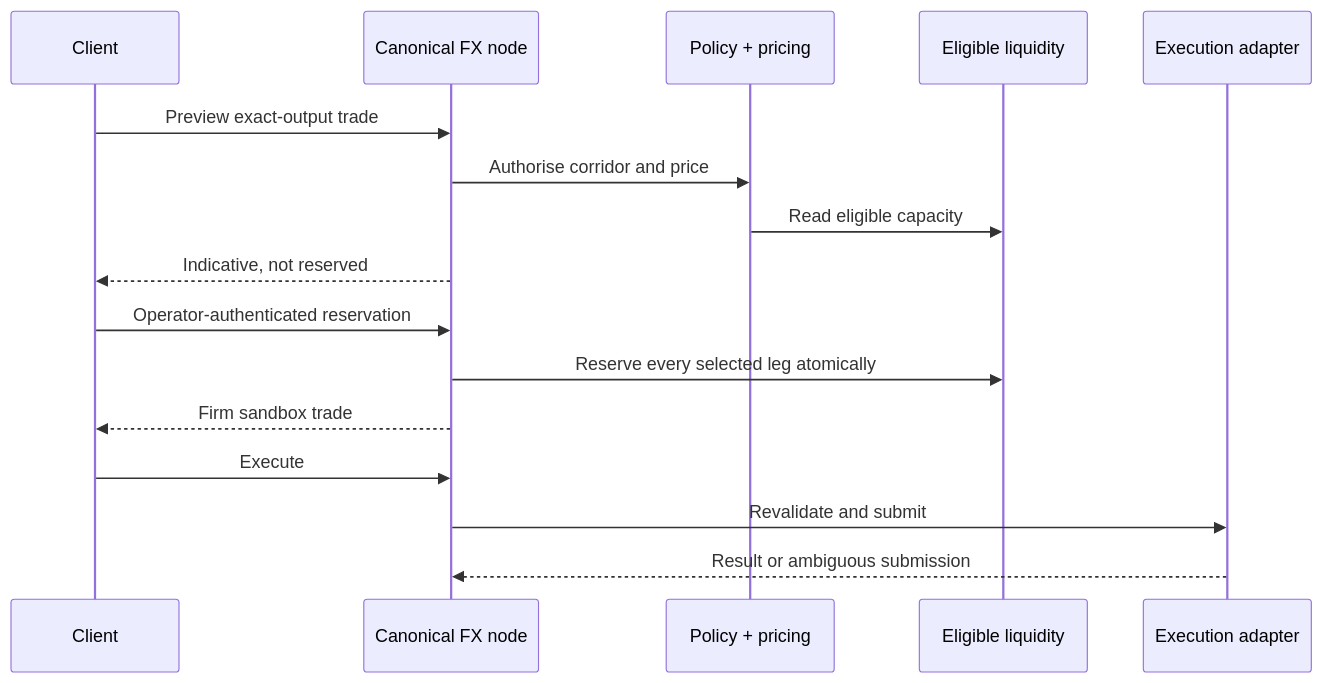
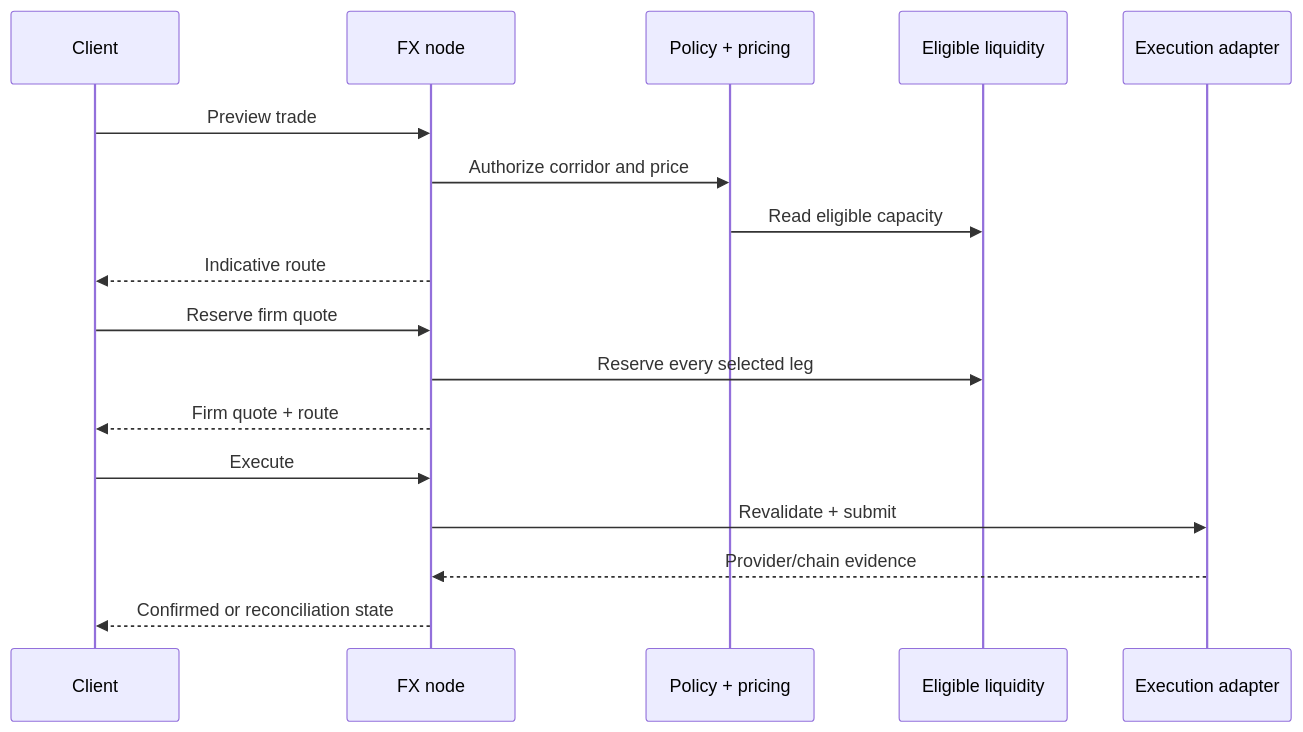
One commit to Josh-Gi3r/blueballs changed the third of 3 diagrams in ARCHITECTURE.md. Above: the diagram before and after it, drawn with Mermaid. The commit also changed other lines of this file, not shown here.

Commit message:
Update architecture for the production banking and FX runtime model

````diff
--- a/ARCHITECTURE.md
+++ b/ARCHITECTURE.md
@@ -90,18 +110,19 @@
 ```mermaid
 sequenceDiagram
   participant C as Client
-  participant N as Canonical FX node
+  participant N as FX node
   participant P as Policy + pricing
   participant L as Eligible liquidity
   participant E as Execution adapter
-  C->>N: Preview exact-output trade
-  N->>P: Authorise corridor and price
+  C->>N: Preview trade
+  N->>P: Authorize corridor and price
   P->>L: Read eligible capacity
-  N-->>C: Indicative, not reserved
-  C->>N: Operator-authenticated reservation
-  N->>L: Reserve every selected leg atomically
-  N-->>C: Firm sandbox trade
+  N-->>C: Indicative route
+  C->>N: Reserve firm quote
+  N->>L: Reserve every selected leg
+  N-->>C: Firm quote + route
   C->>N: Execute
-  N->>E: Revalidate and submit
-  E-->>N: Result or ambiguous submission
+  N->>E: Revalidate + submit
+  E-->>N: Provider/chain evidence
+  N-->>C: Confirmed or reconciliation state
 ```
````
